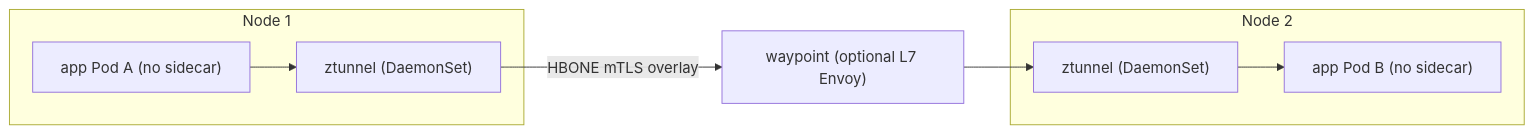
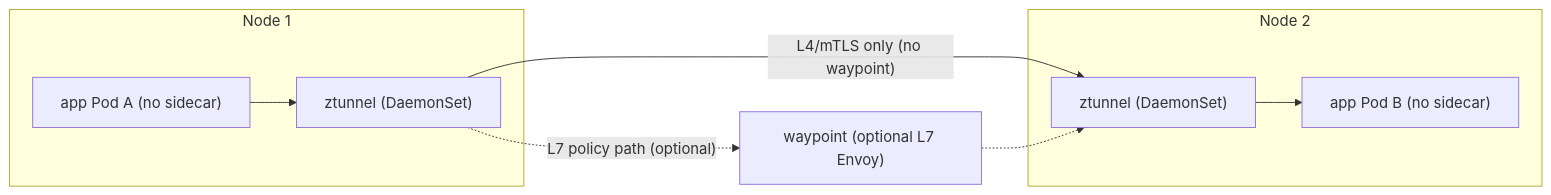
Before and after one commit to PaulSayantan/grokking-interview: the second of 3 diagrams in topics/kubernetes/service-mesh-traffic-management/concepts.md, drawn with Mermaid. The commit also changed other lines of this file and 98 other files, not shown here.

````diff
--- a/topics/kubernetes/service-mesh-traffic-management/concepts.md
+++ b/topics/kubernetes/service-mesh-traffic-management/concepts.md
@@ -131,11 +146,12 @@
 ```mermaid
 flowchart LR
   subgraph Node1["Node 1"]
     AppA["app Pod A (no sidecar)"] --> ztA["ztunnel (DaemonSet)"]
   end
   subgraph Node2["Node 2"]
     ztB["ztunnel (DaemonSet)"] --> AppB["app Pod B (no sidecar)"]
   end
-  ztA -- "HBONE mTLS overlay" --> WP["waypoint (optional L7 Envoy)"]
-  WP --> ztB
+  ztA -- "L4/mTLS only (no waypoint)" --> ztB
+  ztA -. "L7 policy path (optional)" .-> WP["waypoint (optional L7 Envoy)"]
+  WP -.-> ztB
 ```
````
